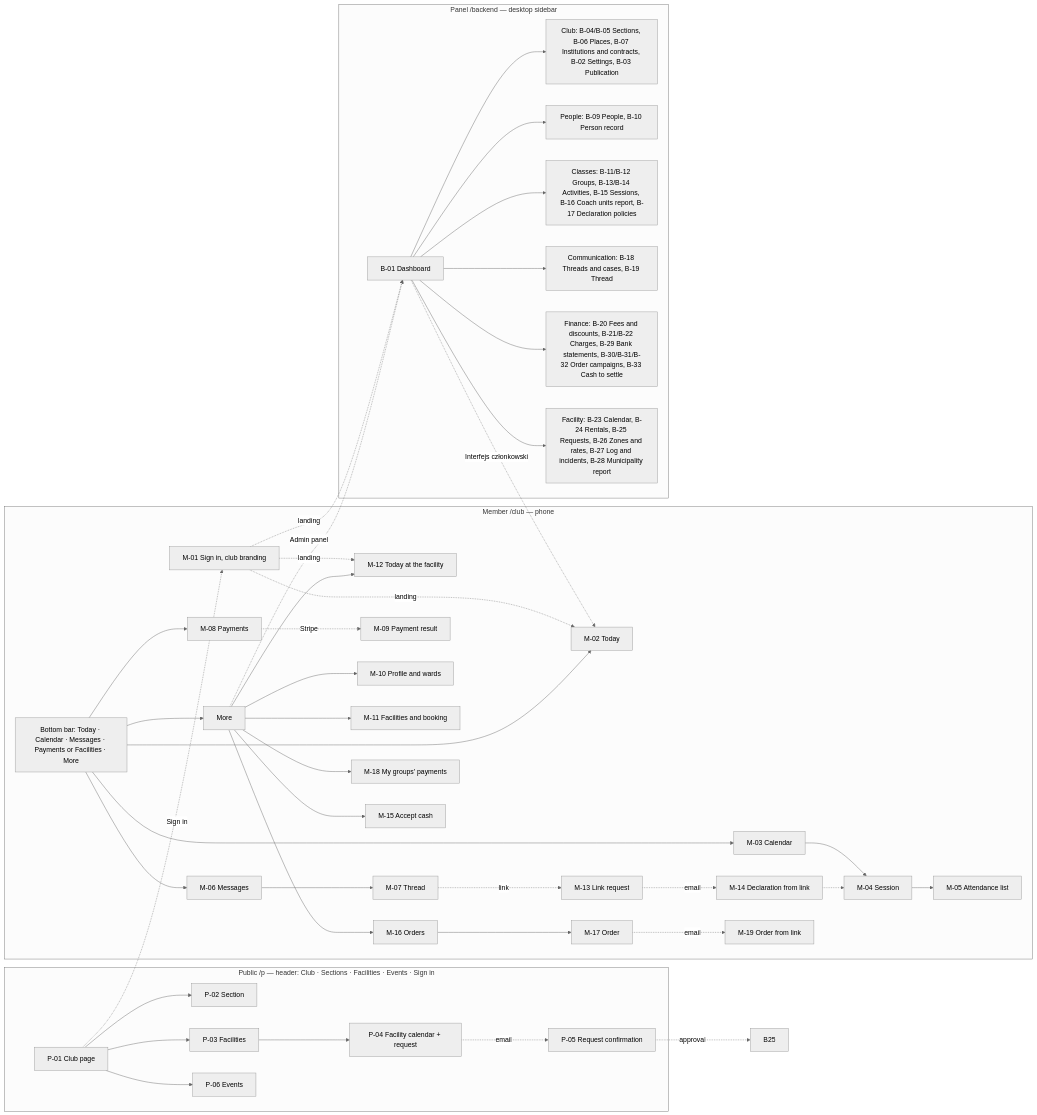
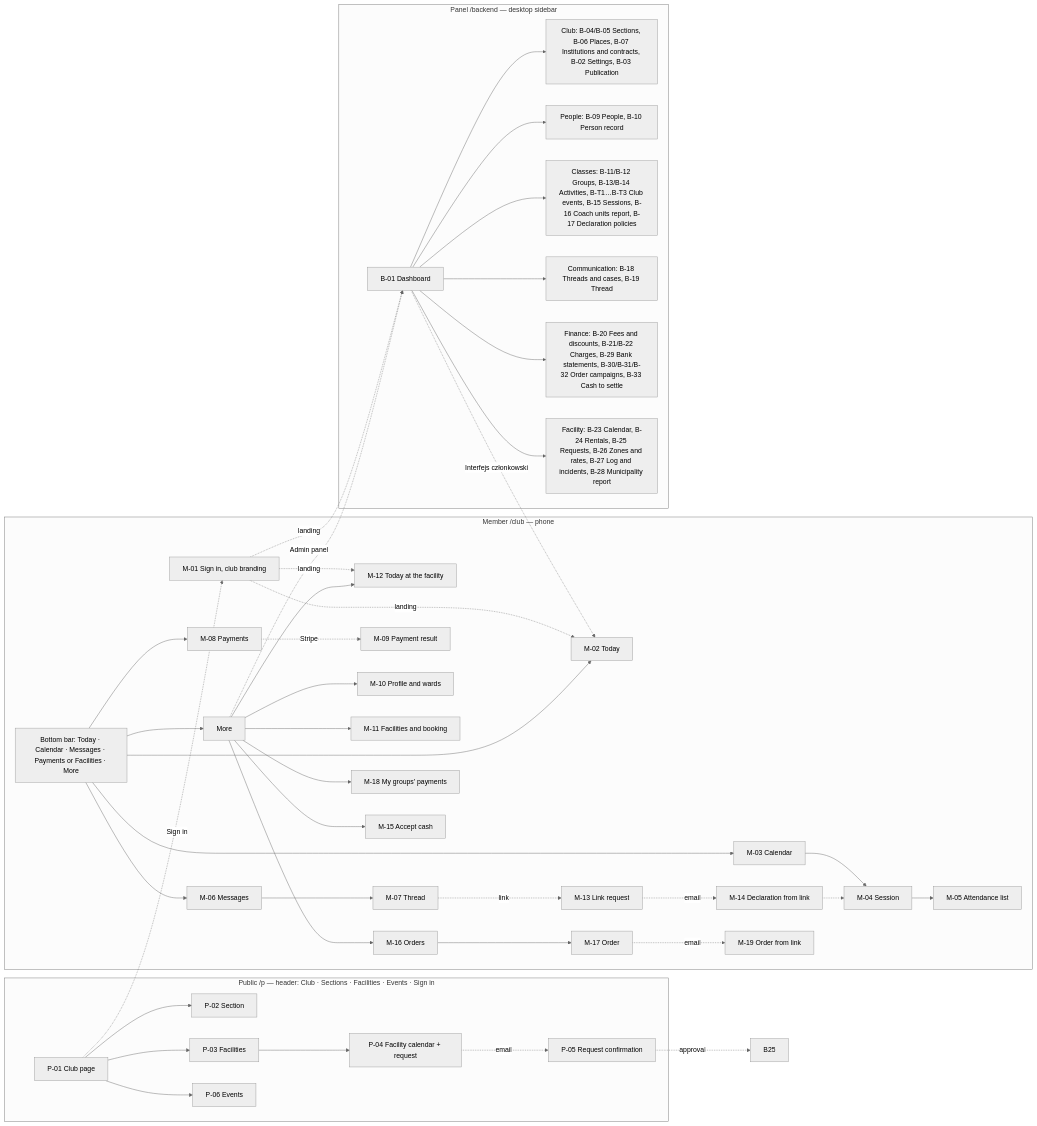
One commit to wladku/Vereino changed the diagram in docs/ux-concept/README.md. Above: the diagram before and after it, drawn with Mermaid (neutral theme). The commit also changed other lines of this file and 7 other files, not shown here.

First line of the commit message:
docs(specs): D-037 releases the treasurer role; menu lists Club events (AC-N16, #604)

````diff
--- a/docs/ux-concept/README.md
+++ b/docs/ux-concept/README.md
@@ -145,43 +145,43 @@
 ```mermaid
 flowchart LR
   subgraph PUB[Public /p — header: Club · Sections · Facilities · Events · Sign in]
     P01[P-01 Club page] --> P02[P-02 Section]
     P01 --> P03[P-03 Facilities]
     P01 --> P06[P-06 Events]
     P03 --> P04[P-04 Facility calendar + request]
     P04 -.email.-> P05[P-05 Request confirmation]
   end
   subgraph MEM[Member /club — phone]
     M01[M-01 Sign in, club branding] -.landing.-> M02[M-02 Today]
     M01 -.landing.-> M12[M-12 Today at the facility]
     BAR[Bottom bar: Today · Calendar · Messages · Payments or Facilities · More]
     BAR --> M02
     BAR --> M03[M-03 Calendar] --> M04[M-04 Session] --> M05[M-05 Attendance list]
     BAR --> M06[M-06 Messages] --> M07[M-07 Thread]
     BAR --> M08[M-08 Payments] -.Stripe.-> M09[M-09 Payment result]
     BAR --> MORE[More]
     MORE --> M10[M-10 Profile and wards]
     MORE --> M11[M-11 Facilities and booking]
     MORE --> M12
     MORE --> M16[M-16 Orders] --> M17[M-17 Order]
     MORE --> M18[M-18 My groups' payments]
     MORE --> M15[M-15 Accept cash]
     M13[M-13 Link request] -.email.-> M14[M-14 Declaration from link]
     M17 -.email.-> M19[M-19 Order from link]
   end
   subgraph BCK[Panel /backend — desktop sidebar]
     B01[B-01 Dashboard] --> KLUB[Club: B-04/B-05 Sections, B-06 Places, B-07 Institutions and contracts, B-02 Settings, B-03 Publication]
     B01 --> LUDZIE[People: B-09 People, B-10 Person record]
-    B01 --> ZAJ[Classes: B-11/B-12 Groups, B-13/B-14 Activities, B-15 Sessions, B-16 Coach units report, B-17 Declaration policies]
+    B01 --> ZAJ[Classes: B-11/B-12 Groups, B-13/B-14 Activities, B-T1…B-T3 Club events, B-15 Sessions, B-16 Coach units report, B-17 Declaration policies]
     B01 --> KOM[Communication: B-18 Threads and cases, B-19 Thread]
     B01 --> FIN[Finance: B-20 Fees and discounts, B-21/B-22 Charges, B-29 Bank statements, B-30/B-31/B-32 Order campaigns, B-33 Cash to settle]
     B01 --> OBJ[Facility: B-23 Calendar, B-24 Rentals, B-25 Requests, B-26 Zones and rates, B-27 Log and incidents, B-28 Municipality report]
   end
   M01 -.landing.-> B01
   MORE -.Admin panel.-> B01
   B01 -.Interfejs członkowski.-> M02
   P01 -.Sign in.-> M01
   M14 -.-> M04
   P05 -.approval.-> B25
   M07 -.link.-> M13
 ```
````
